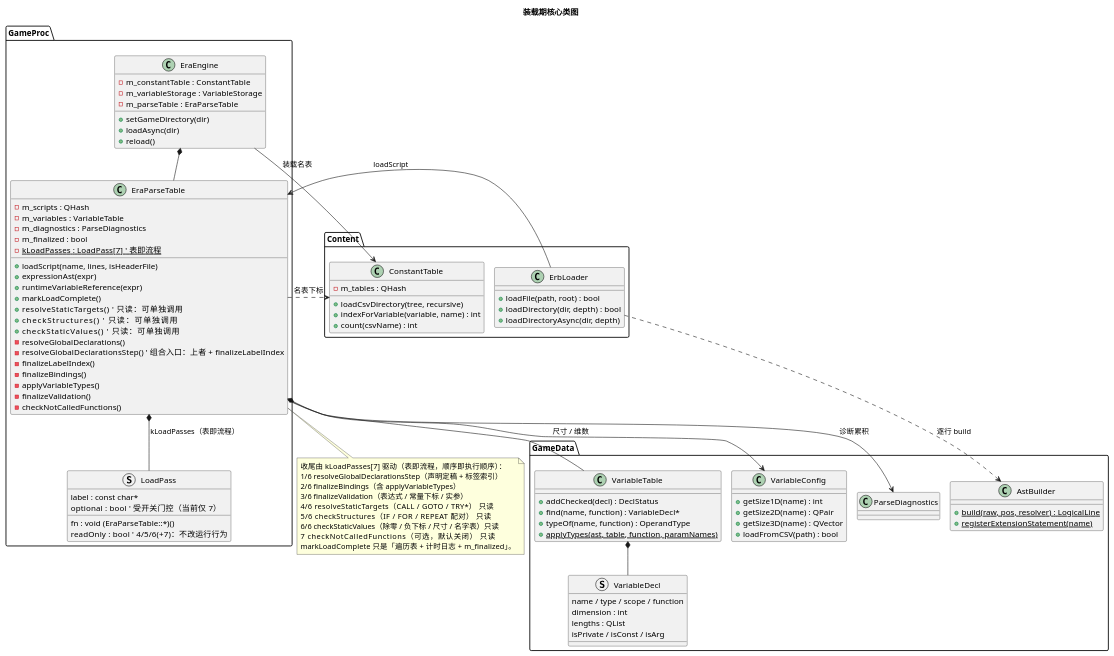
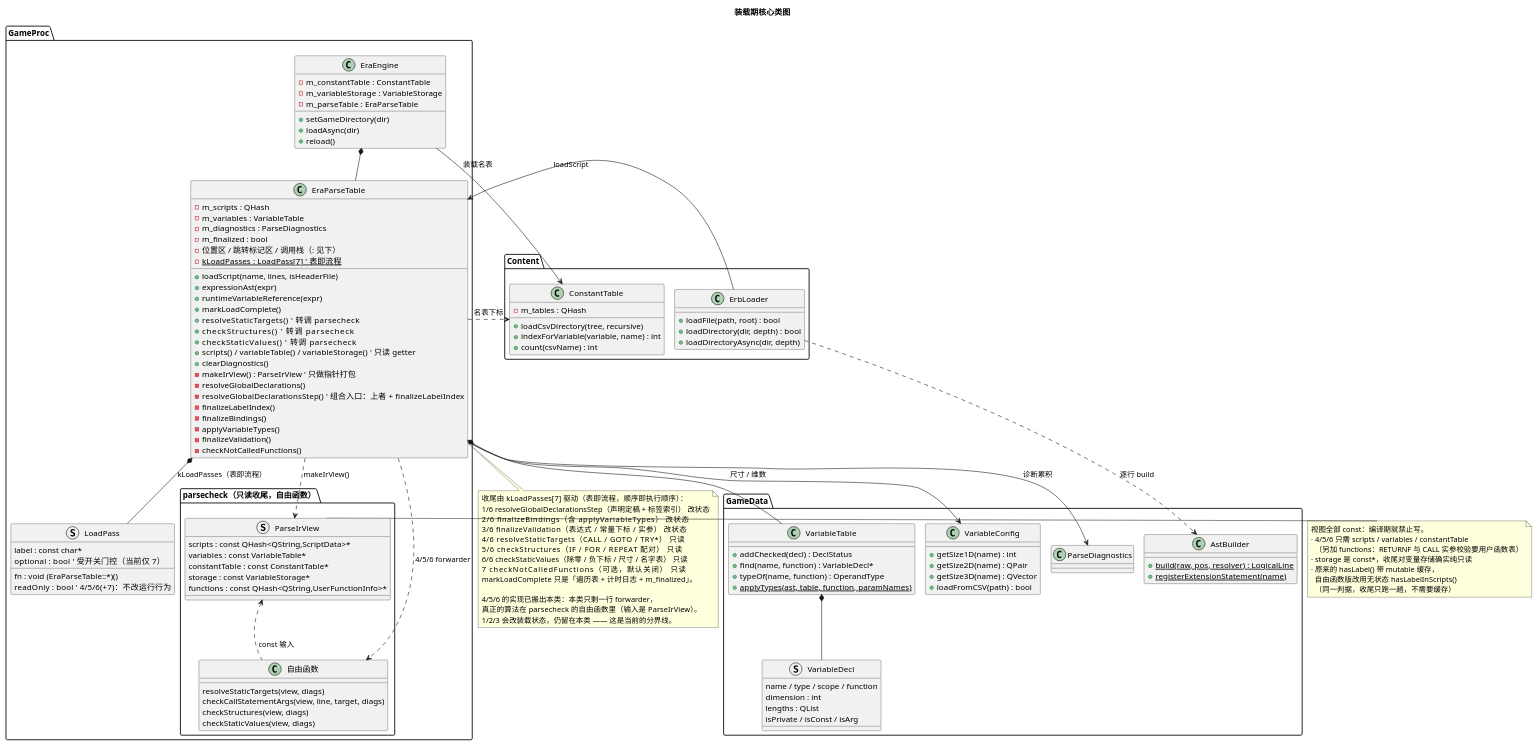
The diagram in docs/uml/01-load-classes.puml (yigekuyou/qt-eraemu), drawn with PlantUML before and after one commit. The commit also changed 8 other files, not shown here.

First line of the commit message:
docs/uml：按四轮重构重画（身份整数化 / 全定型 / 作用域显式 / 只读收尾外移）

```diff
--- a/docs/uml/01-load-classes.puml
+++ b/docs/uml/01-load-classes.puml
@@ -1,115 +1,152 @@
 @startuml 01-load-classes
 ' 无 graphviz(dot) 时用 PlantUML 内置 smetana 布局引擎
 !pragma layout smetana
 ' emuera —— 装载期核心类型：CSV → ERB 逐行解析 → EraParseTable → 收尾定型
 ' 渲染：plantuml -tpng docs/uml/01-load-classes.puml
 title 装载期核心类图
 
 package "GameProc" {
   class EraEngine {
     - m_constantTable : ConstantTable
     - m_variableStorage : VariableStorage
     - m_parseTable : EraParseTable
     + setGameDirectory(dir)
     + loadAsync(dir)
     + reload()
   }
 
   class EraParseTable {
     - m_scripts : QHash
     - m_variables : VariableTable
     - m_diagnostics : ParseDiagnostics
     - m_finalized : bool
     + loadScript(name, lines, isHeaderFile)
     + expressionAst(expr)
     + runtimeVariableReference(expr)
     + markLoadComplete()
-    + resolveStaticTargets()      ' 只读：可单独调用
-    + checkStructures()           ' 只读：可单独调用
-    + checkStaticValues()         ' 只读：可单独调用
+    + resolveStaticTargets()      ' 转调 parsecheck
+    + checkStructures()           ' 转调 parsecheck
+    + checkStaticValues()         ' 转调 parsecheck
+    + scripts() / variableTable() / variableStorage()   ' 只读 getter
+    + clearDiagnostics()
+    - makeIrView() : ParseIrView ' 只做指针打包
     - resolveGlobalDeclarations()
     - resolveGlobalDeclarationsStep()   ' 组合入口：上者 + finalizeLabelIndex
     - finalizeLabelIndex()
     - finalizeBindings()
     - applyVariableTypes()
     - finalizeValidation()
     - checkNotCalledFunctions()
+    - 位置区 / 跳转标记区 / 调用栈（: 见下）
     {static} - kLoadPasses : LoadPass[7]  ' 表即流程
   }
 
   struct LoadPass {
     label : const char*
     fn : void (EraParseTable::*)()
     optional : bool   ' 受开关门控（当前仅 7）
     readOnly : bool   ' 4/5/6(+7)：不改运行行为
+  }
+
+  package "parsecheck（只读收尾，自由函数）" {
+    struct ParseIrView {
+      scripts : const QHash<QString,ScriptData>*
+      variables : const VariableTable*
+      constantTable : const ConstantTable*
+      storage : const VariableStorage*
+      functions : const QHash<QString,UserFunctionInfo>*
+    }
+    class "自由函数" as FreeFns {
+      resolveStaticTargets(view, diags)
+      checkCallStatementArgs(view, line, target, diags)
+      checkStructures(view, diags)
+      checkStaticValues(view, diags)
+    }
   }
 }
 
 package "Content" {
   class ErbLoader {
     + loadFile(path, root) : bool
     + loadDirectory(dir, depth) : bool
     + loadDirectoryAsync(dir, depth)
   }
 
   class ConstantTable {
     - m_tables : QHash
     + loadCsvDirectory(tree, recursive)
     + indexForVariable(variable, name) : int
     + count(csvName) : int
   }
 }
 
 package "GameData" {
   class VariableTable {
     + addChecked(decl) : DeclStatus
     + find(name, function) : VariableDecl*
     + typeOf(name, function) : OperandType
     {static} + applyTypes(ast, table, function, paramNames)
   }
 
   struct VariableDecl {
     name / type / scope / function
     dimension : int
     lengths : QList
     isPrivate / isConst / isArg
   }
 
   class VariableConfig {
     + getSize1D(name) : int
     + getSize2D(name) : QPair
     + getSize3D(name) : QVector
     + loadFromCSV(path) : bool
   }
 
   class AstBuilder {
     {static} + build(raw, pos, resolver) : LogicalLine
     {static} + registerExtensionStatement(name)
   }
 
   class ParseDiagnostics
 }
 
 EraEngine *-- EraParseTable
 EraEngine --> ConstantTable : 装载名表
 ErbLoader ..> AstBuilder : 逐行 build
 ErbLoader --> EraParseTable : loadScript
 EraParseTable *-- VariableTable
 EraParseTable *-- LoadPass : kLoadPasses（表即流程）
 EraParseTable --> ParseDiagnostics : 诊断累积
 EraParseTable ..> ConstantTable : 名表下标
+EraParseTable ..> ParseIrView : makeIrView()
+ParseIrView <.. FreeFns : const 输入
+EraParseTable ..> FreeFns : 4/5/6 forwarder
 VariableTable *-- VariableDecl
 EraParseTable --> VariableConfig : 尺寸 / 维数
 
 note bottom of EraParseTable
   收尾由 kLoadPasses[7] 驱动（表即流程，顺序即执行顺序）：
-  1/6 resolveGlobalDeclarationsStep（声明定稿 + 标签索引）
-  2/6 finalizeBindings（含 applyVariableTypes）
-  3/6 finalizeValidation（表达式 / 常量下标 / 实参）
-  4/6 resolveStaticTargets（CALL / GOTO / TRY*）      只读
-  5/6 checkStructures（IF / FOR / REPEAT 配对）        只读
-  6/6 checkStaticValues（除零 / 负下标 / 尺寸 / 名字表）只读
-  7 checkNotCalledFunctions（可选，默认关闭）          只读
+  1/6 resolveGlobalDeclarationsStep（声明定稿 + 标签索引）  改状态
+  2/6 finalizeBindings（含 applyVariableTypes）             改状态
+  3/6 finalizeValidation（表达式 / 常量下标 / 实参）        改状态
+  4/6 resolveStaticTargets（CALL / GOTO / TRY*）           只读
+  5/6 checkStructures（IF / FOR / REPEAT 配对）             只读
+  6/6 checkStaticValues（除零 / 负下标 / 尺寸 / 名字表）    只读
+  7 checkNotCalledFunctions（可选，默认关闭）               只读
   markLoadComplete 只是「遍历表 + 计时日志 + m_finalized」。
+
+  4/5/6 的实现已搬出本类：本类只剩一行 forwarder，
+  真正的算法在 parsecheck 的自由函数里（输入是 ParseIrView）。
+  1/2/3 会改装载状态，仍留在本类 —— 这是当前的分界线。
+end note
+
+note right of ParseIrView
+  视图全部 const：编译期就禁止写。
+  · 4/5/6 只需 scripts / variables / constantTable
+    （另加 functions：RETURNF 与 CALL 实参校验要用户函数表）
+  · storage 是 const*，收尾对变量存储确实纯只读
+  · 原来的 hasLabel() 带 mutable 缓存，
+    自由函数版改用无状态 hasLabelInScripts()
+    （同一判据，收尾只跑一趟，不需要缓存）
 end note
 @enduml
```
